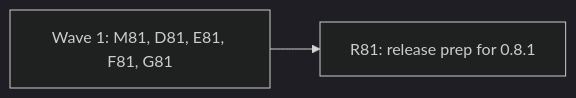
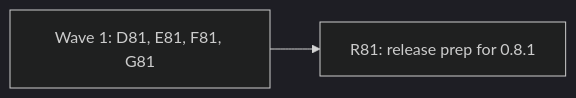
One commit to alfhen/tagreeve changed the diagram in docs/plan-0.8.1.md. Above: the diagram before and after it, drawn with Mermaid (dark theme). The commit also changed other lines of this file, not shown here.

````diff
--- a/docs/plan-0.8.1.md
+++ b/docs/plan-0.8.1.md
@@ -65,4 +56,4 @@
 ```mermaid
 flowchart LR
-  W1["Wave 1: M81, D81, E81, F81, G81"] --> R["R81: release prep for 0.8.1"]
+  W1["Wave 1: D81, E81, F81, G81"] --> R["R81: release prep for 0.8.1"]
 ```
````
